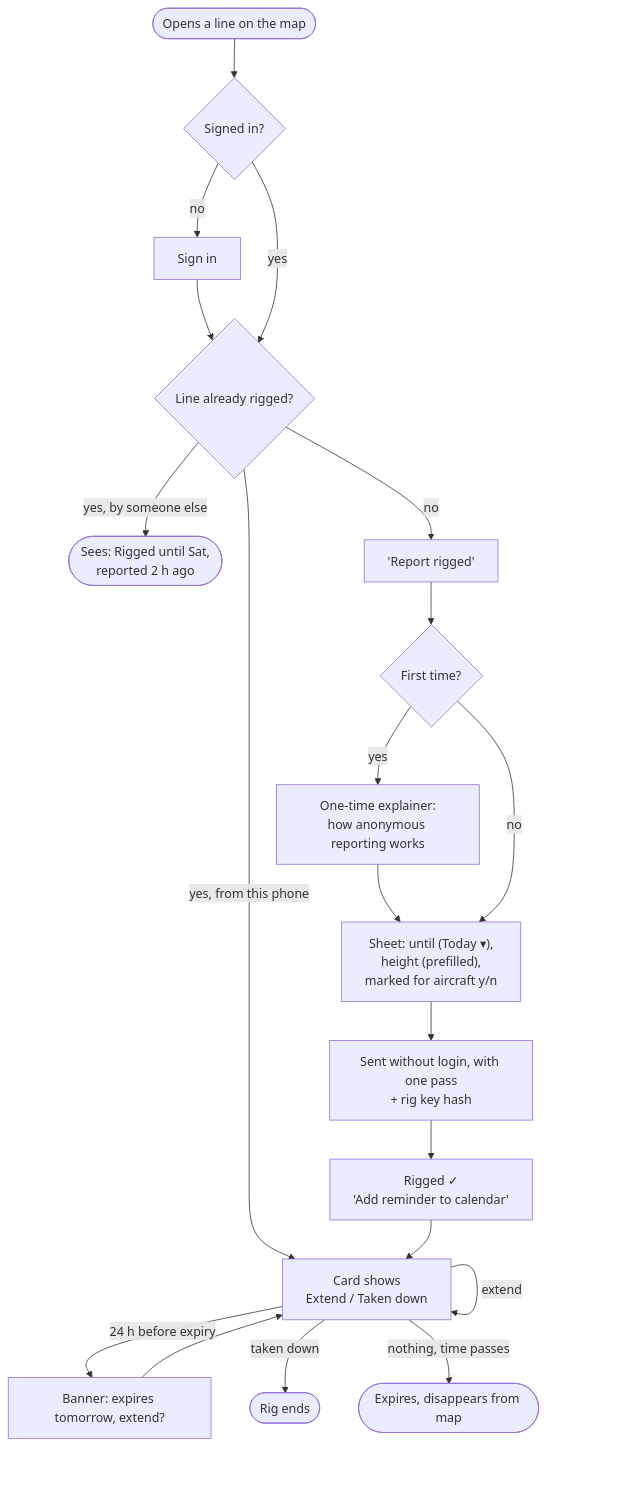
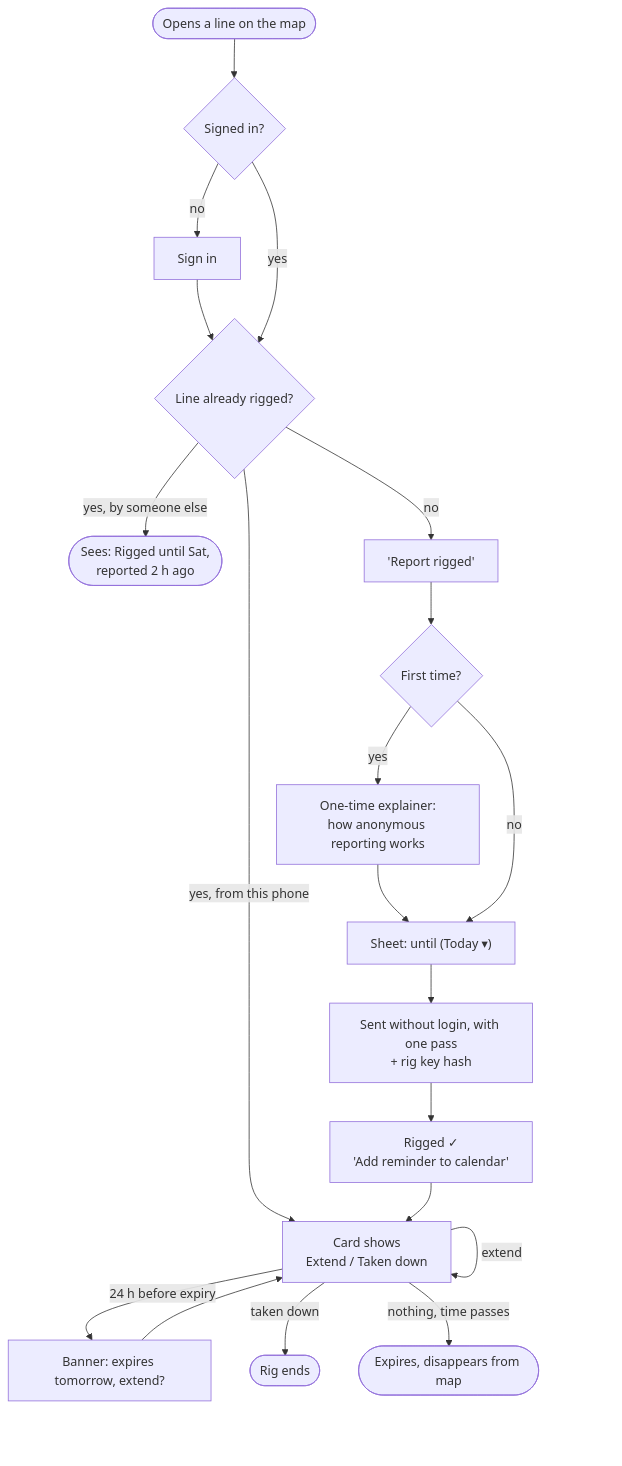
The second of 4 diagrams in specs/slackmap-live-lines/flows.md (International-Slackline-Association/isa), drawn with Mermaid before and after one commit. The commit also changed other lines of this file and 4 other files, not shown here.

````diff
--- a/specs/slackmap-live-lines/flows.md
+++ b/specs/slackmap-live-lines/flows.md
@@ -33,19 +33,19 @@
 ```mermaid
 flowchart TD
     A([Opens a line on the map]) --> B{Signed in?}
     B -- no --> S["Sign in"] --> C
     B -- yes --> C{Line already rigged?}
     C -- "yes, by someone else" --> V(["Sees: Rigged until Sat,<br/>reported 2 h ago"])
     C -- "yes, from this phone" --> O["Card shows<br/>Extend / Taken down"]
     C -- no --> R["'Report rigged'"]
     R --> F{First time?}
     F -- yes --> E["One-time explainer:<br/>how anonymous reporting works"] --> Sh
-    F -- no --> Sh["Sheet: until (Today ▾),<br/>height (prefilled),<br/>marked for aircraft y/n"]
+    F -- no --> Sh["Sheet: until (Today ▾)"]
     Sh --> K["Sent without login, with one pass<br/>+ rig key hash"]
     K --> Done["Rigged ✓<br/>'Add reminder to calendar'"]
     Done --> O
     O -- extend --> O
     O -- "24 h before expiry" --> Ban["Banner: expires tomorrow, extend?"] --> O
     O -- taken down --> End([Rig ends])
     O -- "nothing, time passes" --> Exp([Expires, disappears from map])
 ```
````
